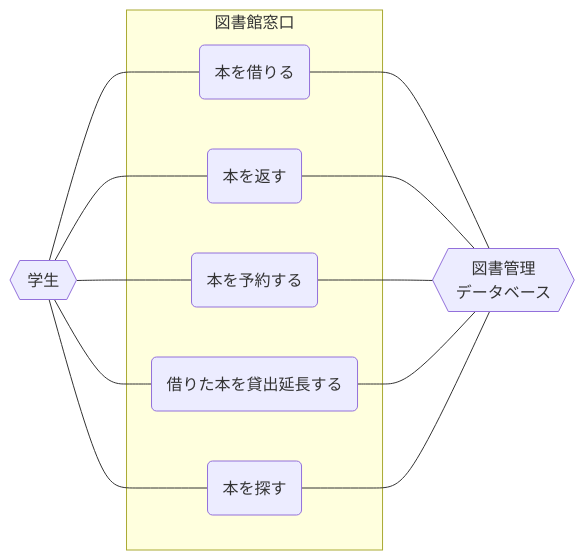
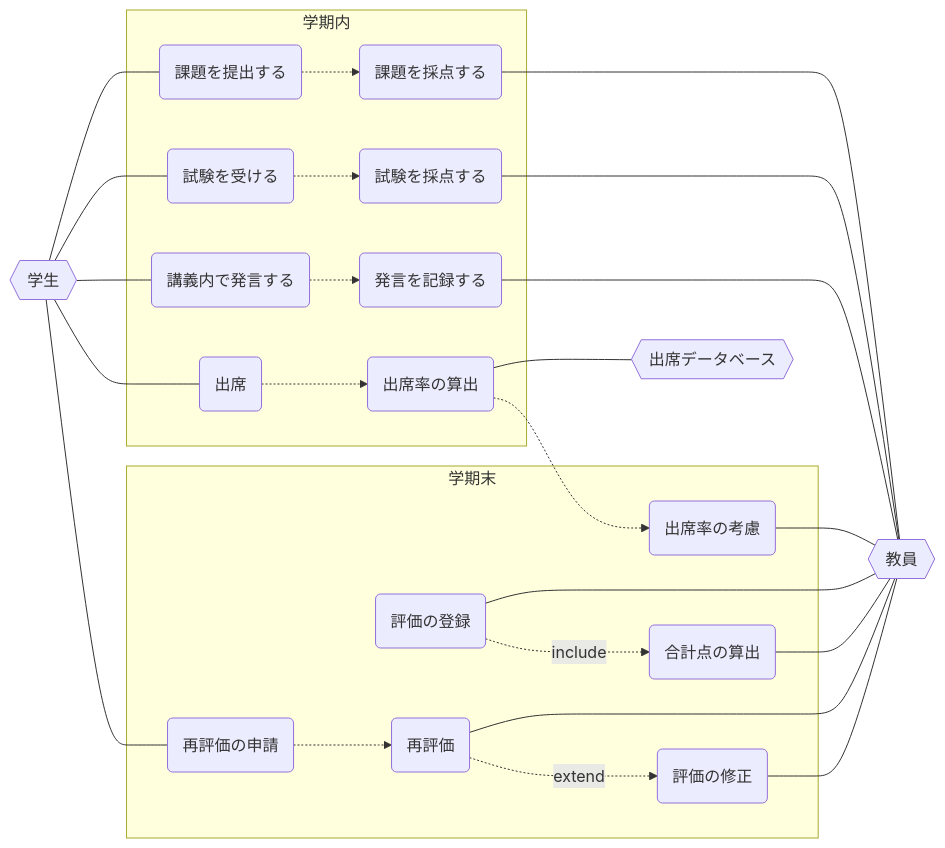
The diagram in README.md (ShouyaKamoshita/mermaid-test), drawn with Mermaid before and after one commit.

````diff
--- a/README.md
+++ b/README.md
@@ -1,23 +1,52 @@
 ```mermaid
 flowchart LR
 a1{{学生}}
-a2{{図書管理</br>データベース}}
-a1 --- u1(本を借りる)
-a1 --- u2(本を返す)
-a1 --- u3(本を予約する)
-a1 --- u4(借りた本を貸出延長する)
-a1 --- u5(本を探す)
-u1 --- a2
-u2 --- a2
-u3 --- a2
-u4 --- a2
-u5 --- a2
+a3{{出席データベース}}
+a2{{教員}}
 
-subgraph 図書館窓口
-u1
-u2
-u3
-u4
-u5
+a1 --- g1(課題を提出する)
+a1 --- g2(試験を受ける)
+a1 --- g3(講義内で発言する)
+a1 --- g5(出席)
+a1 --- g4(再評価の申請)
+
+d1(出席率の算出) --- a3
+
+t1(課題を採点する) --- a2
+t2(試験を採点する) --- a2
+t3(発言を記録する) --- a2
+t9(出席率の考慮) --- a2
+t5(合計点の算出) --- a2
+t7(評価の登録) --- a2
+t6(再評価) --- a2
+t8(評価の修正) --- a2
+
+g1 -.-> t1
+g2 -.-> t2
+g3 -.-> t3
+d1 -.-> t9
+g5 -.-> d1
+t7 -.include.-> t5
+t6 -.extend.-> t8
+g4 -.-> t6
+
+subgraph 学期内
+g1
+g2
+g3
+g5
+t1
+t2
+t3
+d1
+end
+
+subgraph 学期末
+g4
+t5
+t6
+t7
+t8
+t9
 end
 ```
````
